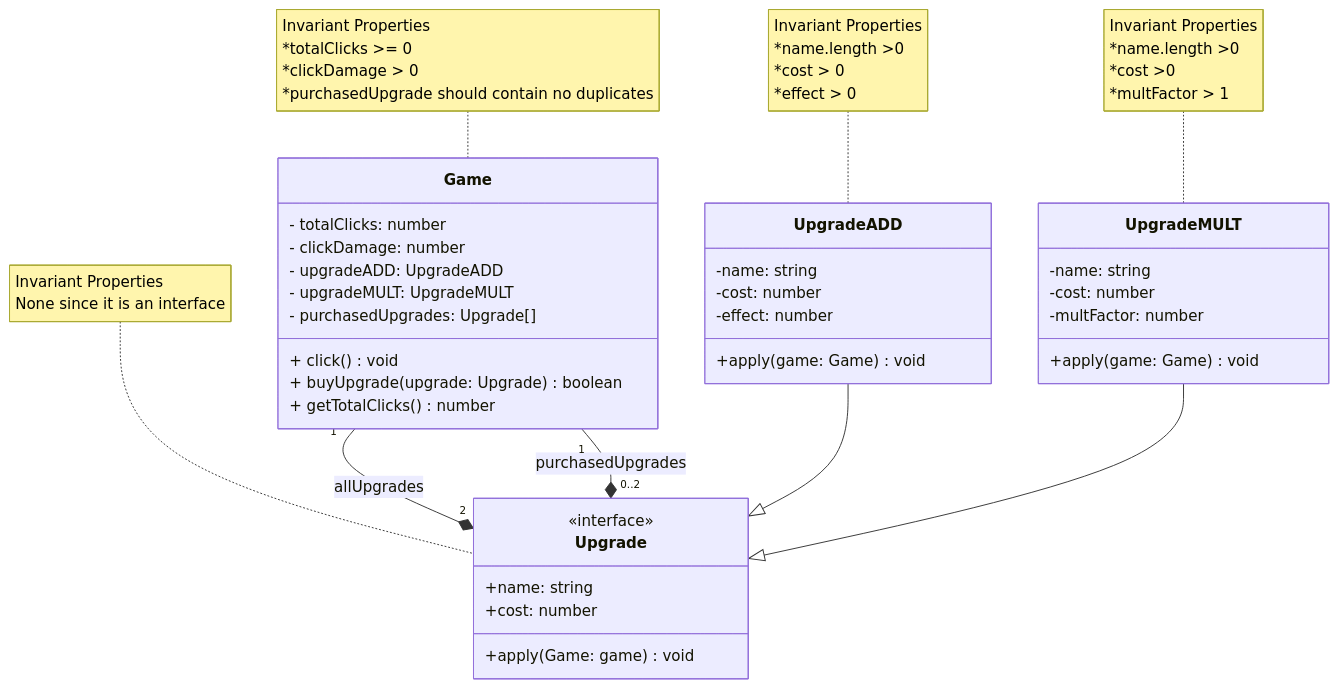
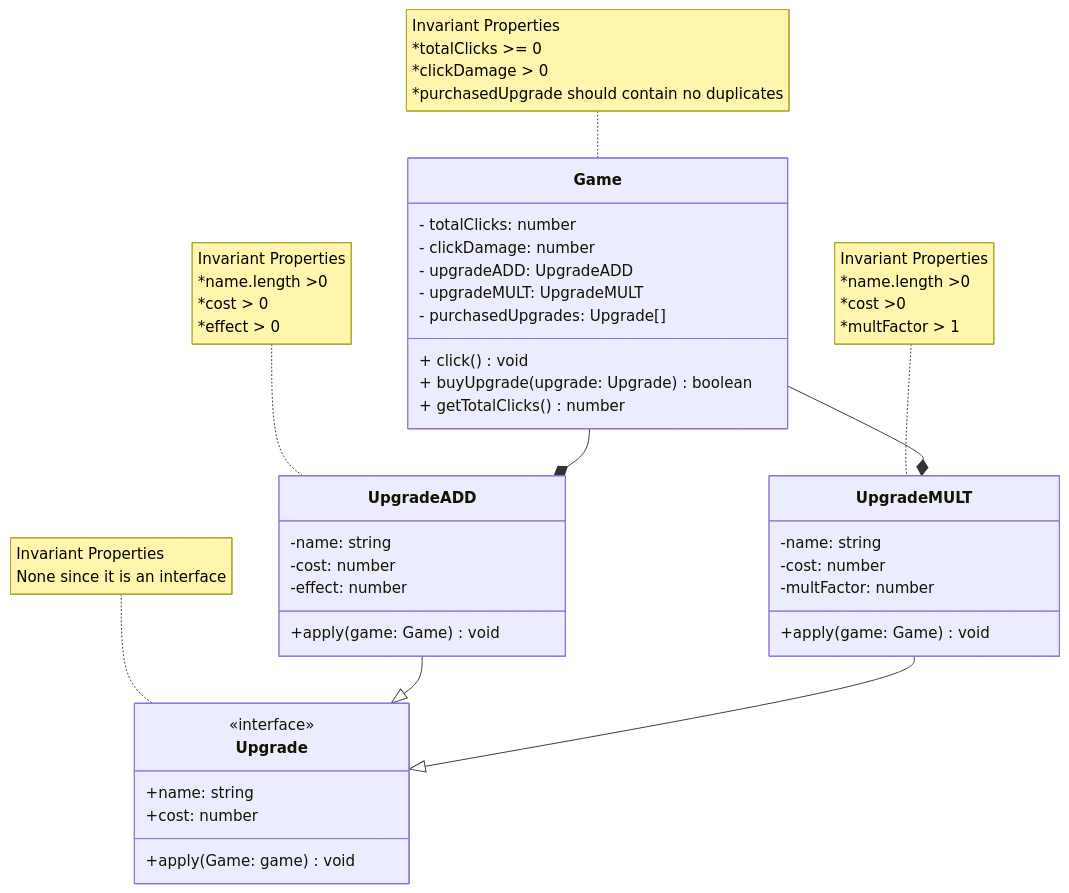
The diagram in domain.md (mahmudl-1/2452-Clicker), drawn with Mermaid before and after one commit. The commit also changed 2 other files, not shown here.

Commit message:
ready for submission

````diff
--- a/domain.md
+++ b/domain.md
@@ -9,66 +9,65 @@
 ```mermaid
 classDiagram
     class Game{
         %% Assuming getters and constructors are placed
         - totalClicks: number
         - clickDamage: number
         - upgradeADD: UpgradeADD
         - upgradeMULT: UpgradeMULT
         - purchasedUpgrades: Upgrade[]
         + click() void
         %%Implements the upgrade, increases clicks and spends clicks
         %%calls Upgrade apply
         + buyUpgrade(upgrade: Upgrade) boolean
         + getTotalClicks() number
     }
     note for Game "Invariant Properties
                     *totalClicks >= 0
                     *clickDamage > 0
                     *purchasedUpgrade should contain no duplicates"
     
     class Upgrade{
        <<interface>>
        +name: string
        +cost: number
        +apply(Game: game) void
     }
     
     note for Upgrade "Invariant Properties
                       None since it is an interface"
     
     class UpgradeADD{
         -name: string
         -cost: number
         -effect: number
         +apply(game: Game) void
     }
     
     note for UpgradeADD "Invariant Properties
                          *name.length >0
                          *cost > 0
                          *effect > 0
                         "       
     
     class UpgradeMULT{
         -name: string
         -cost: number
         -multFactor: number
         +apply(game: Game) void
     }
     
     note for UpgradeMULT "Invariant Properties
                           *name.length >0
                           *cost >0 
                           *multFactor > 1
                           "
     
  %%Cardinality composition
-    Game "1" --* "2" Upgrade: allUpgrades
-    Game "1" --* "0..2" Upgrade: purchasedUpgrades
-     
+    Game --* UpgradeADD
+    Game --* UpgradeMULT
 %% Implements
     UpgradeADD --|> Upgrade
     UpgradeMULT --|> Upgrade
     
     
 ```
````
